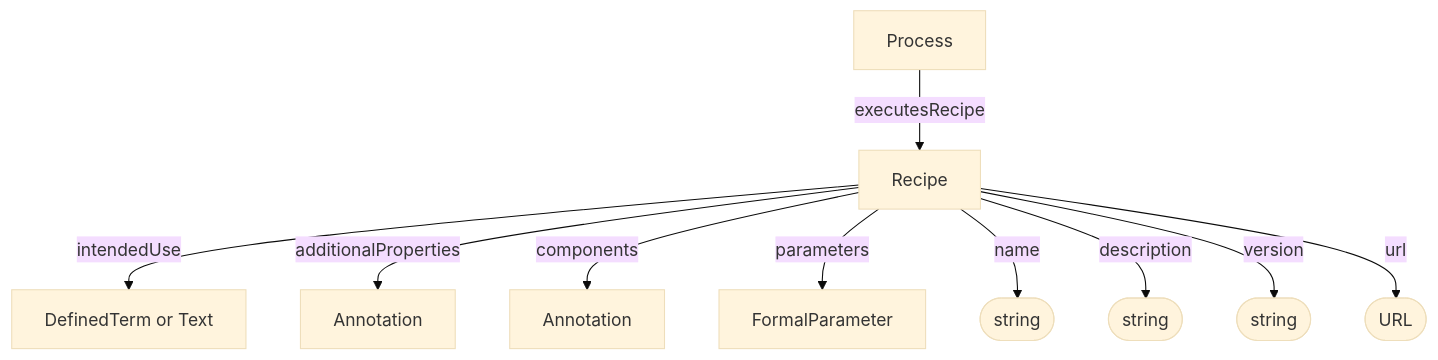
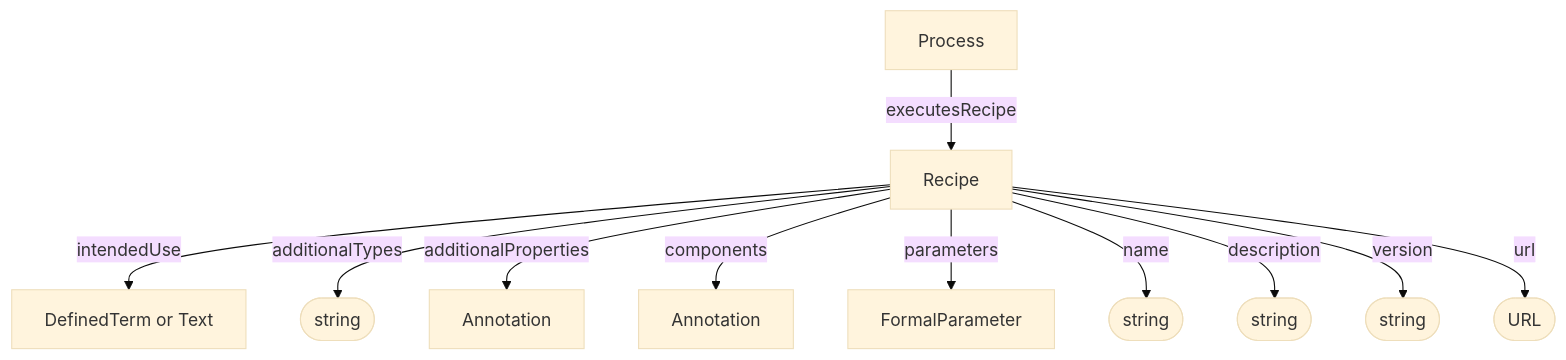
One commit to HLWeil/ARC-base-model changed the diagram in docs/spec/process_provenance/Recipe.md. Above: the diagram before and after it, drawn with Mermaid (base theme). The commit also changed other lines of this file and 25 other files, not shown here.

````diff
--- a/docs/spec/process_provenance/Recipe.md
+++ b/docs/spec/process_provenance/Recipe.md
@@ -38,22 +38,25 @@
 ```mermaid
 flowchart TD
+
+    additionalTypes@{ shape: stadium, label: "string" }
 
     na@{ shape: stadium, label: "string" }
     de@{ shape: stadium, label: "string" }
     ve@{ shape: stadium, label: "string" }
     ur@{ shape: stadium, label: "URL" }
     av[Annotation]
     co[Annotation]
     iu["DefinedTerm or Text"]
 
     Process --executesRecipe--> Recipe
     Recipe --intendedUse--> iu
+    Recipe --additionalTypes--> additionalTypes
     Recipe --additionalProperties--> av
     Recipe --components--> co
     Recipe --parameters--> FormalParameter
     Recipe --name--> na
     Recipe --description--> de
     Recipe --version--> ve
     Recipe --url--> ur
 
 ```
````
